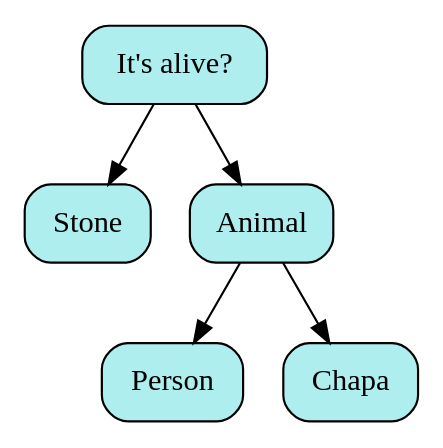
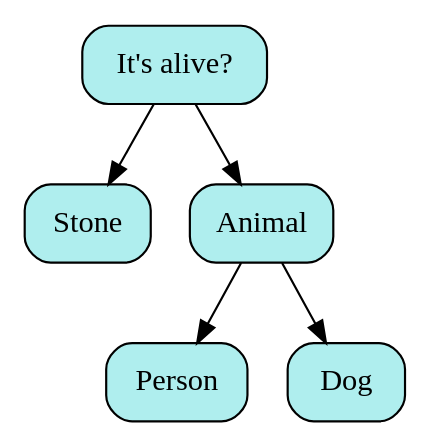
The diagram in pictures/image02.dot (SashaKhaytina/Akinator), drawn with Graphviz before and after one commit. The commit also changed 20 other files, not shown here.

```diff
--- a/pictures/image02.dot
+++ b/pictures/image02.dot
@@ -1,13 +1,13 @@
 digraph
 {
 rankdir = TB;
-POINT_0x5d40bfd14480[shape=Mrecord, label = "It's alive?", style="filled",fillcolor="#AFEEEE"]
-POINT_0x5d40bfd14640[shape=Mrecord, label = "Stone", style="filled",fillcolor="#AFEEEE"]
-POINT_0x5d40bfd14560[shape=Mrecord, label = "Animal", style="filled",fillcolor="#AFEEEE"]
-POINT_0x5d40bfd16210[shape=Mrecord, label = "Person", style="filled",fillcolor="#AFEEEE"]
-POINT_0x5d40bfd16130[shape=Mrecord, label = "Chapa", style="filled",fillcolor="#AFEEEE"]
-POINT_0x5d40bfd14480 -> POINT_0x5d40bfd14640
-POINT_0x5d40bfd14480 -> POINT_0x5d40bfd14560
-POINT_0x5d40bfd14560 -> POINT_0x5d40bfd16210
-POINT_0x5d40bfd14560 -> POINT_0x5d40bfd16130
+POINT_0x63f77b2fa480[shape=Mrecord, label = "It's alive?", style="filled",fillcolor="#AFEEEE"]
+POINT_0x63f77b2fa640[shape=Mrecord, label = "Stone", style="filled",fillcolor="#AFEEEE"]
+POINT_0x63f77b2fa560[shape=Mrecord, label = "Animal", style="filled",fillcolor="#AFEEEE"]
+POINT_0x63f77b2fc210[shape=Mrecord, label = "Person", style="filled",fillcolor="#AFEEEE"]
+POINT_0x63f77b2fc130[shape=Mrecord, label = "Dog", style="filled",fillcolor="#AFEEEE"]
+POINT_0x63f77b2fa480 -> POINT_0x63f77b2fa640
+POINT_0x63f77b2fa480 -> POINT_0x63f77b2fa560
+POINT_0x63f77b2fa560 -> POINT_0x63f77b2fc210
+POINT_0x63f77b2fa560 -> POINT_0x63f77b2fc130
 }
```
